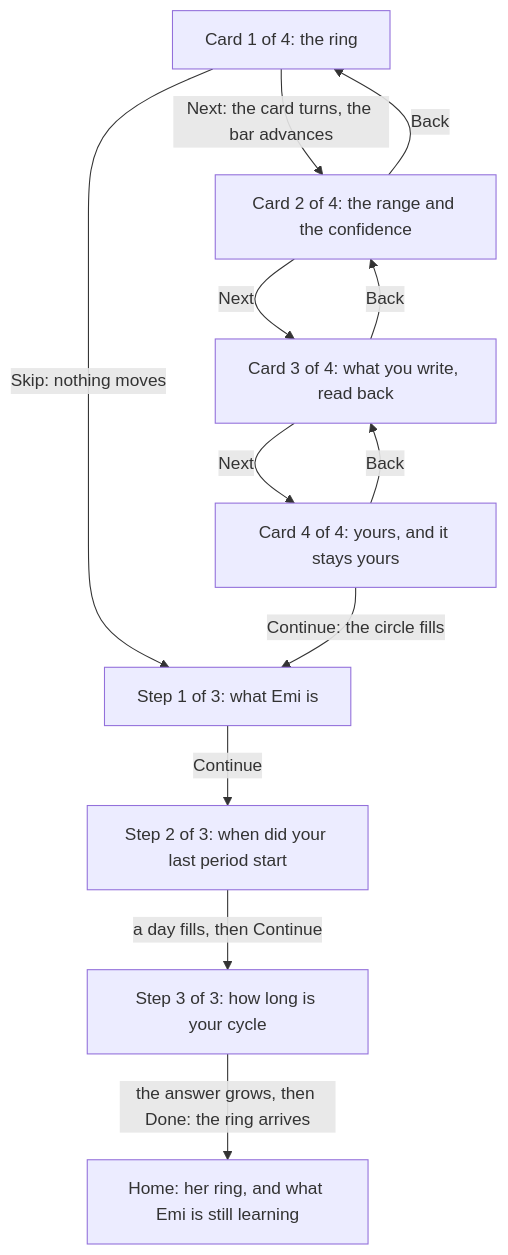
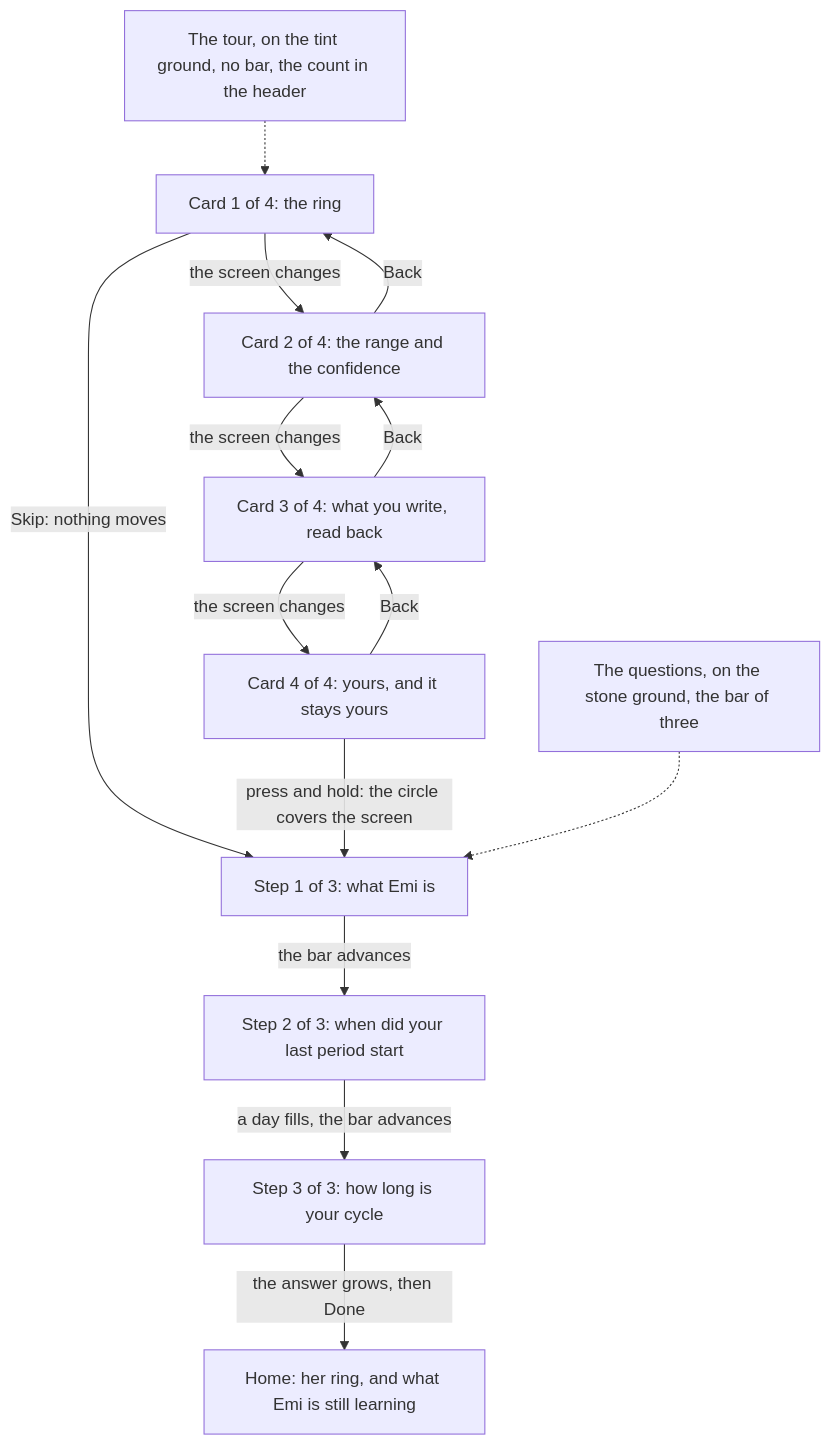
One commit to atlantic-blue/emi changed the first of 2 diagrams in docs/design/onboarding.md. Above: the diagram before and after it, drawn with Mermaid. The commit also changed other lines of this file, not shown here.

Commit message:
EMI: docs: lead the onboarding feel with movement, space and ground

````diff
--- a/docs/design/onboarding.md
+++ b/docs/design/onboarding.md
@@ -618,22 +664,26 @@
 ```mermaid
 flowchart TD
   C1["Card 1 of 4: the ring"]
   C2["Card 2 of 4: the range and the confidence"]
   C3["Card 3 of 4: what you write, read back"]
   C4["Card 4 of 4: yours, and it stays yours"]
   Q1["Step 1 of 3: what Emi is"]
   Q2["Step 2 of 3: when did your last period start"]
   Q3["Step 3 of 3: how long is your cycle"]
   H["Home: her ring, and what Emi is still learning"]
-  C1 -->|"Next: the card turns, the bar advances"| C2
-  C2 -->|"Next"| C3
-  C3 -->|"Next"| C4
+  TINT["The tour, on the tint ground, no bar, the count in the header"]
+  ASK["The questions, on the stone ground, the bar of three"]
+  C1 -->|"the screen changes"| C2
+  C2 -->|"the screen changes"| C3
+  C3 -->|"the screen changes"| C4
   C2 -->|"Back"| C1
   C3 -->|"Back"| C2
   C4 -->|"Back"| C3
   C1 -->|"Skip: nothing moves"| Q1
-  C4 -->|"Continue: the circle fills"| Q1
-  Q1 -->|"Continue"| Q2
-  Q2 -->|"a day fills, then Continue"| Q3
-  Q3 -->|"the answer grows, then Done: the ring arrives"| H
+  C4 -->|"press and hold: the circle covers the screen"| Q1
+  Q1 -->|"the bar advances"| Q2
+  Q2 -->|"a day fills, the bar advances"| Q3
+  Q3 -->|"the answer grows, then Done"| H
+  TINT -.-> C1
+  ASK -.-> Q1
 ```
````
